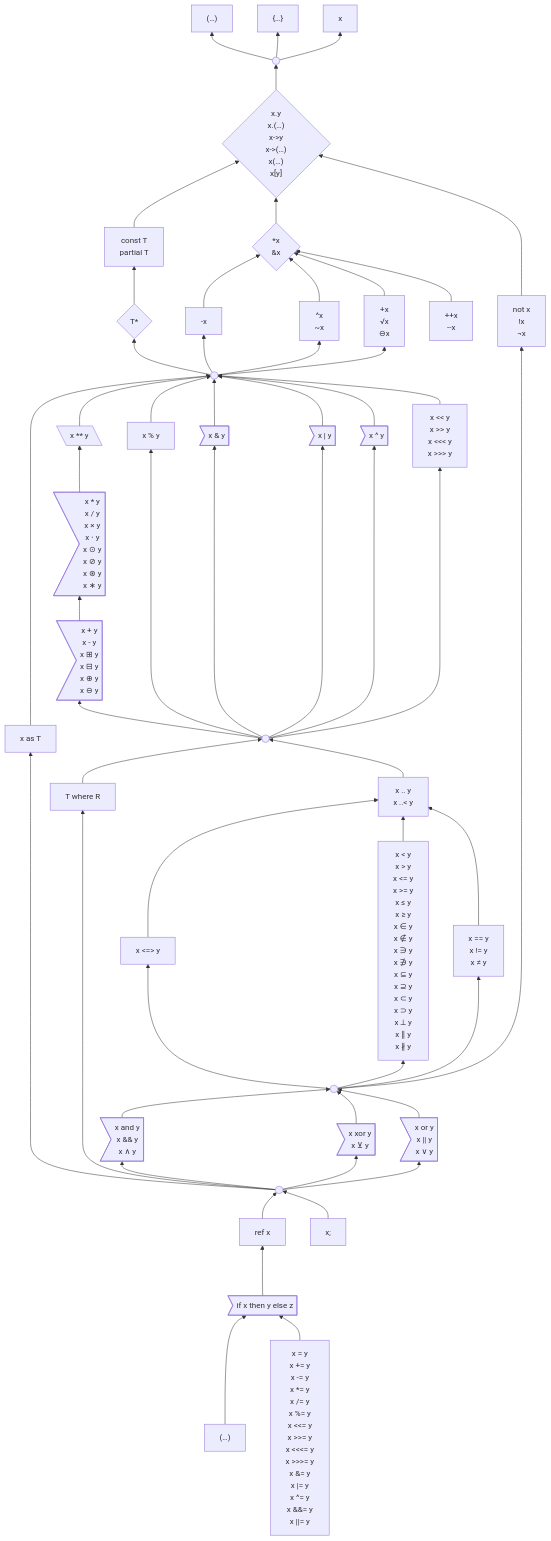
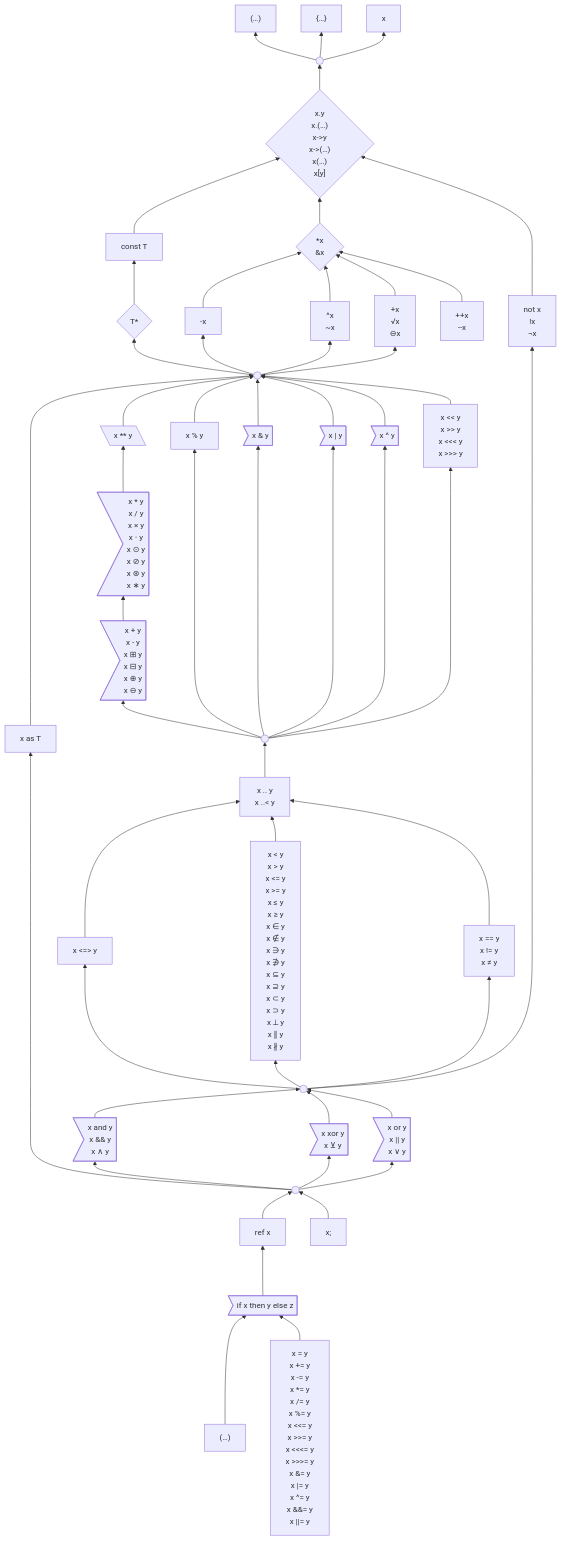
The first of 2 diagrams in 6 .../2 Unfinished Ideas.md (laro/Cilia), drawn with Mermaid before and after one commit.

Commit message:
Update 2 Unfinished Ideas.md

```diff
--- a/6 .../2 Unfinished Ideas.md
+++ b/6 .../2 Unfinished Ideas.md
@@ -167,8 +167,7 @@
                x[y]"}
     click suffixOps "https://github.com/carbon-language/carbon-lang/blob/trunk/docs/design/expressions/README.md#suffix-operators"
 
-    qualifiedType["const T
-                   partial T"]
+    qualifiedType["const T"]
     click pointer-type "https://github.com/carbon-language/carbon-lang/blob/trunk/docs/design/expressions/type_operators.md"
 
     pointerType{"T*"}
@@ -238,8 +237,6 @@
 
     range["x .. y
            x ..< y"]
-
-    where["T where R"]
 
     threeWay["x <=> y"]
 
@@ -329,7 +326,7 @@
     %% Use a longer arrow here to put `not` next to other unary operators
     not ---> suffixOps
 
-    %% `as` at the same level as `where` and comparisons
+    %% `as` at the same level as comparisons
     as -----> unary
 
     %% `**` binds tighter than multiplication, looser than the prefix/unary operators
@@ -343,7 +340,6 @@
     %% Ranges bind looser than arithmetic/bitwise, tighter than the relational operators
     range --> binaryOps
 
-    where --> binaryOps
     threeWay & comparison & equality --> range
     logicalOperand --> threeWay & comparison & equality & not
 
@@ -352,7 +348,7 @@
     HIDDEN:::hidden ~~~ logicalOperand
 
     and & logicalXor & or --> logicalOperand
-    logicalExpression --> as & where & and & logicalXor & or
+    logicalExpression --> as & and & logicalXor & or
     ref & expressionStatement --> logicalExpression
     if ---> ref
     insideParens & assignment --> if
```
